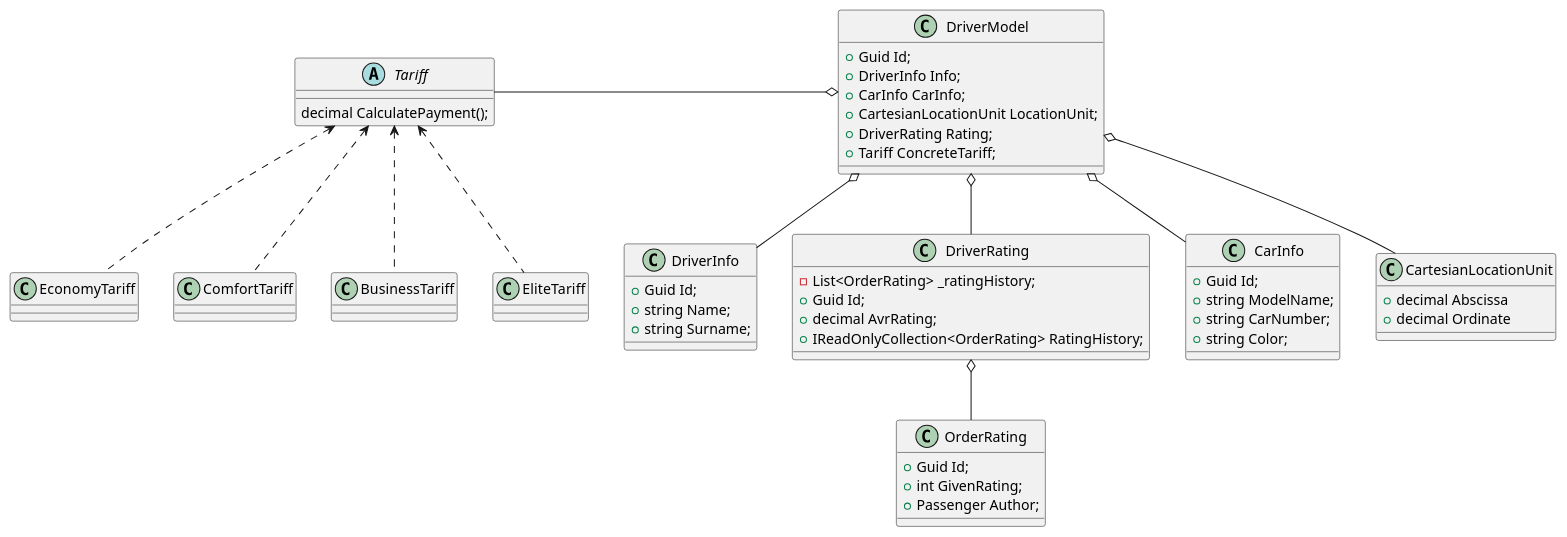
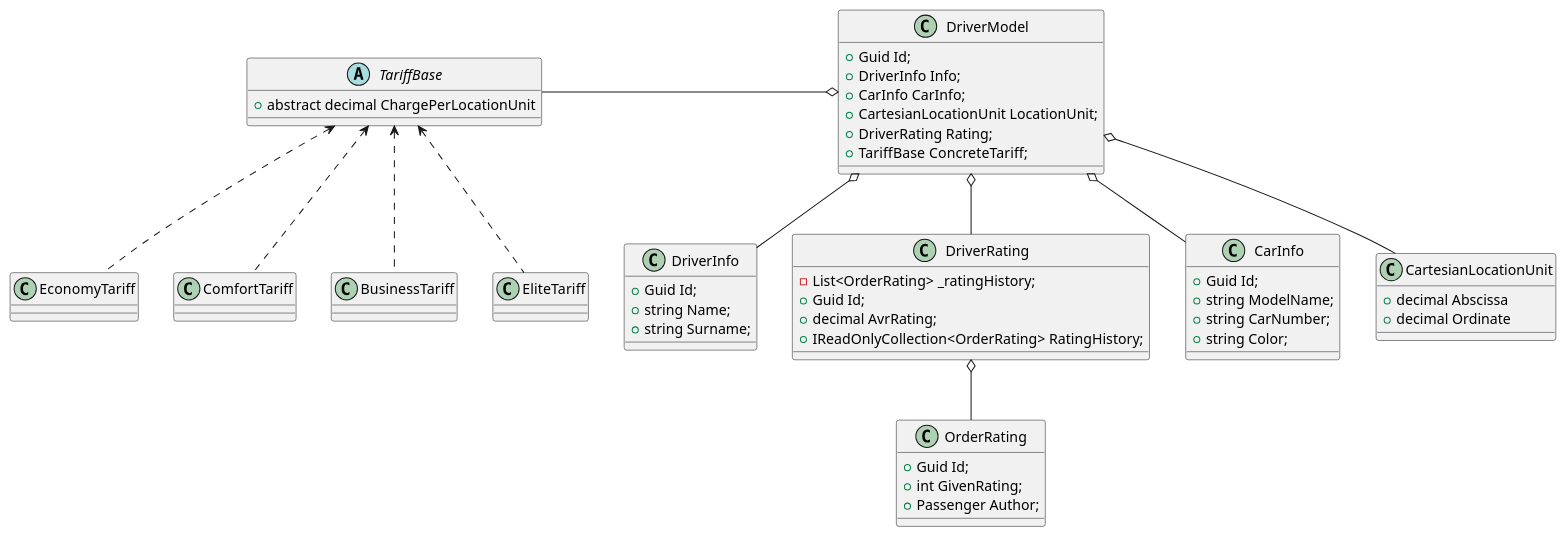
The diagram in Docs/DriverModelScheme.puml (is-oop-y24/Pig-n-Go), drawn with PlantUML before and after one commit.

Commit message:
docs: change content of TariffBase in DriverModelScheme

```diff
--- a/Docs/DriverModelScheme.puml
+++ b/Docs/DriverModelScheme.puml
@@ -1,68 +1,68 @@
 @startuml
 'https://plantuml.com/class-diagram
 
-abstract class Tariff
+abstract class TariffBase
 {
-    decimal CalculatePayment();
+    +abstract decimal ChargePerLocationUnit
 }
 
-Tariff <.. EconomyTariff
-Tariff <.. ComfortTariff
-Tariff <.. BusinessTariff
-Tariff <.. EliteTariff
+TariffBase <.. EconomyTariff
+TariffBase <.. ComfortTariff
+TariffBase <.. BusinessTariff
+TariffBase <.. EliteTariff
 
 class DriverModel
 {
     +Guid Id;
     +DriverInfo Info;
     +CarInfo CarInfo;
     +CartesianLocationUnit LocationUnit;
     +DriverRating Rating;
-    +Tariff ConcreteTariff;
+    +TariffBase ConcreteTariff;
 }
 
 class DriverInfo
 {
     +Guid Id;
     +string Name;
     +string Surname;
 }
 
 class DriverRating
 { 
     -List<OrderRating> _ratingHistory;
     +Guid Id;
     +decimal AvrRating;
     +IReadOnlyCollection<OrderRating> RatingHistory;
 }
 
 class OrderRating
 {
     +Guid Id;
     +int GivenRating;
     +Passenger Author;
 }
 
 class CarInfo
 {
     +Guid Id;
     +string ModelName;
     +string CarNumber;
     +string Color;
 }
 
 class CartesianLocationUnit
 {
     +decimal Abscissa
     +decimal Ordinate
 }
 
 DriverModel o-- DriverRating
 DriverModel o-- DriverInfo
 DriverModel o-- CarInfo
 DriverModel o-- CartesianLocationUnit
-DriverModel o-l- Tariff
+DriverModel o-l- TariffBase
 
 DriverRating o-- OrderRating
 
 @enduml
```
